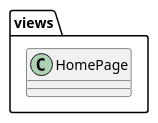
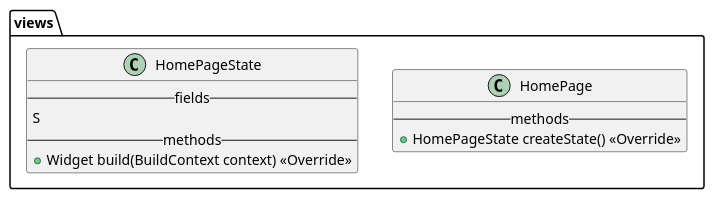
Before and after one commit to Partner-SHIP/partnership-app: the diagram in doc/diagrams/src/HomePage.md, drawn with PlantUML. The commit also changed 12 other files, not shown here.

Commit message:
PLANT UML UPDATE

````diff
--- a/doc/diagrams/src/HomePage.md
+++ b/doc/diagrams/src/HomePage.md
@@ -1,11 +1,19 @@
 ```plantuml
 @startuml HomePage
 
 package views {
     class   HomePage {
-        
+        -- methods --
+        + HomePageState createState() <<Override>>
+    }
+    
+    class   HomePageState {
+        -- fields --
+        S    
+        -- methods --
+        + Widget build(BuildContext context) <<Override>>
     }
 }
 
 @enduml
 ```
````
